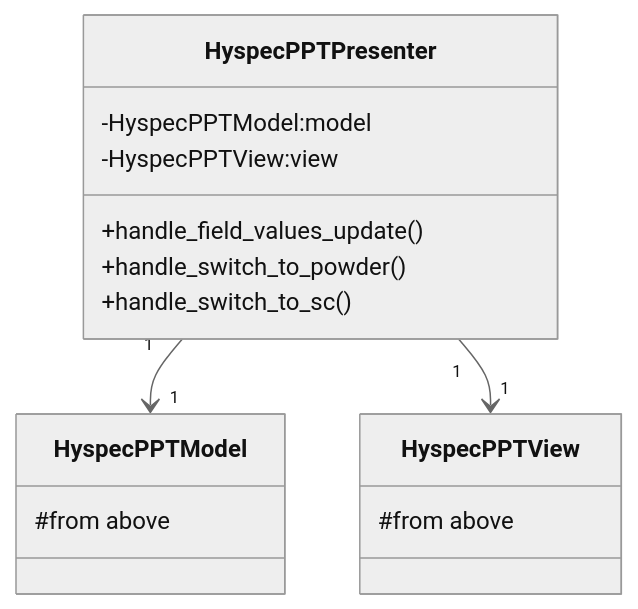
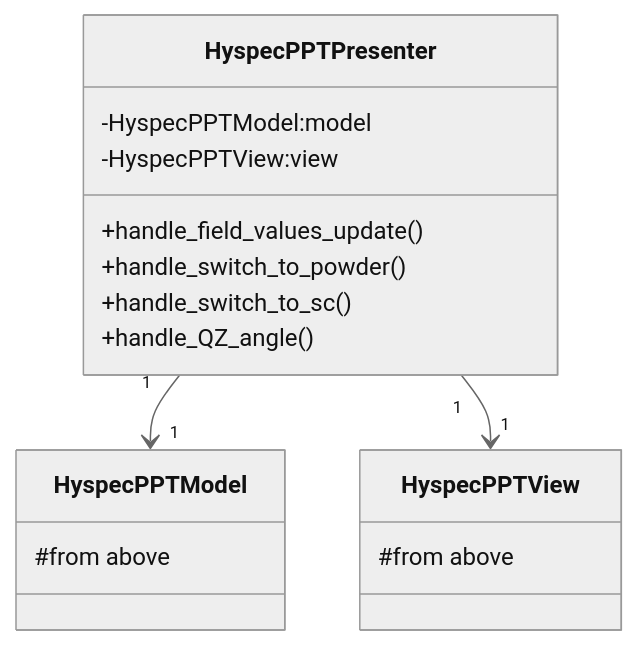
Before and after one commit to neutrons/hyspecppt: the third of 14 diagrams in docs/source/design/hyspecpptclasses.rst, drawn with Mermaid (neutral theme). The commit also changed other lines of this file, not shown here.

Commit message:
Update documentation for classes and diagrams

```diff
--- a/docs/source/design/hyspecpptclasses.rst
+++ b/docs/source/design/hyspecpptclasses.rst
@@ -169,21 +173,22 @@
 .. mermaid::
 
  classDiagram
     HyspecPPTPresenter "1" -->"1" HyspecPPTModel
     HyspecPPTPresenter "1" -->"1" HyspecPPTView
 
     class HyspecPPTPresenter{
         -HyspecPPTModel:model
         -HyspecPPTView:view
         +handle_field_values_update()
         +handle_switch_to_powder()
         +handle_switch_to_sc()
+        +handle_QZ_angle()
     }
 
     class HyspecPPTModel{
         #from above
     }
 
     class HyspecPPTView{
         #from above
     }
```
